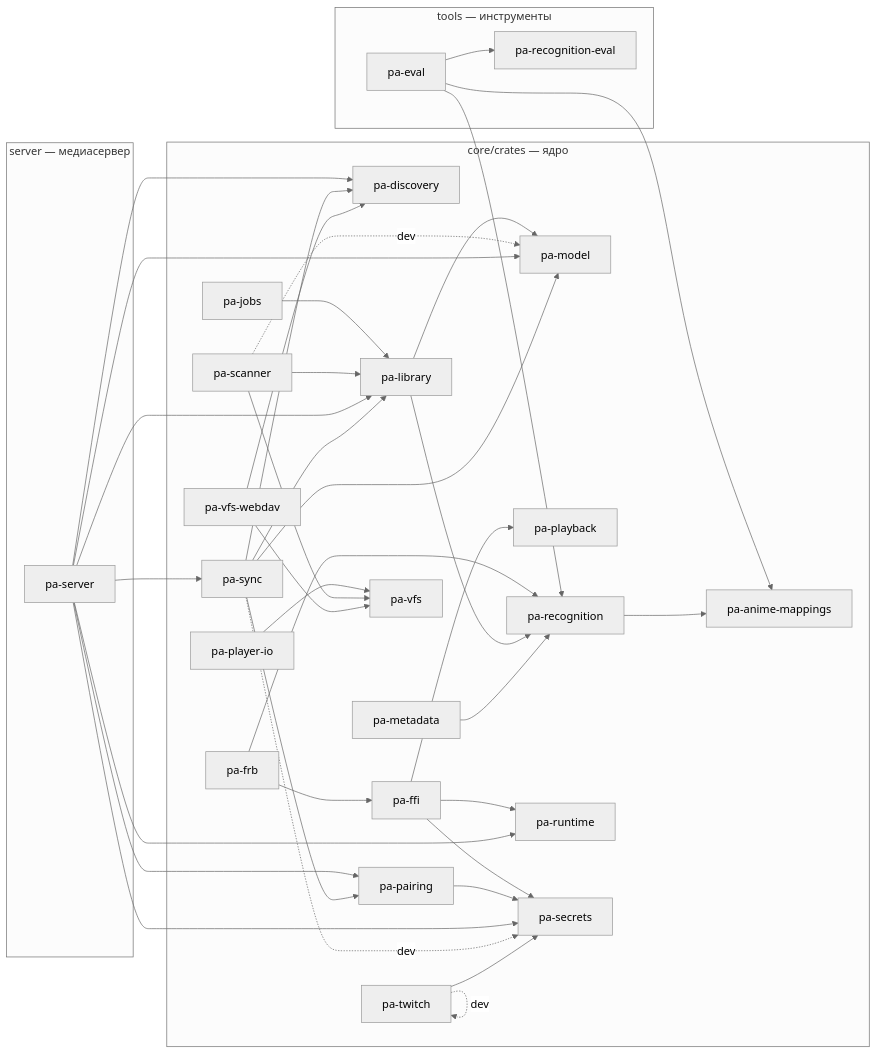
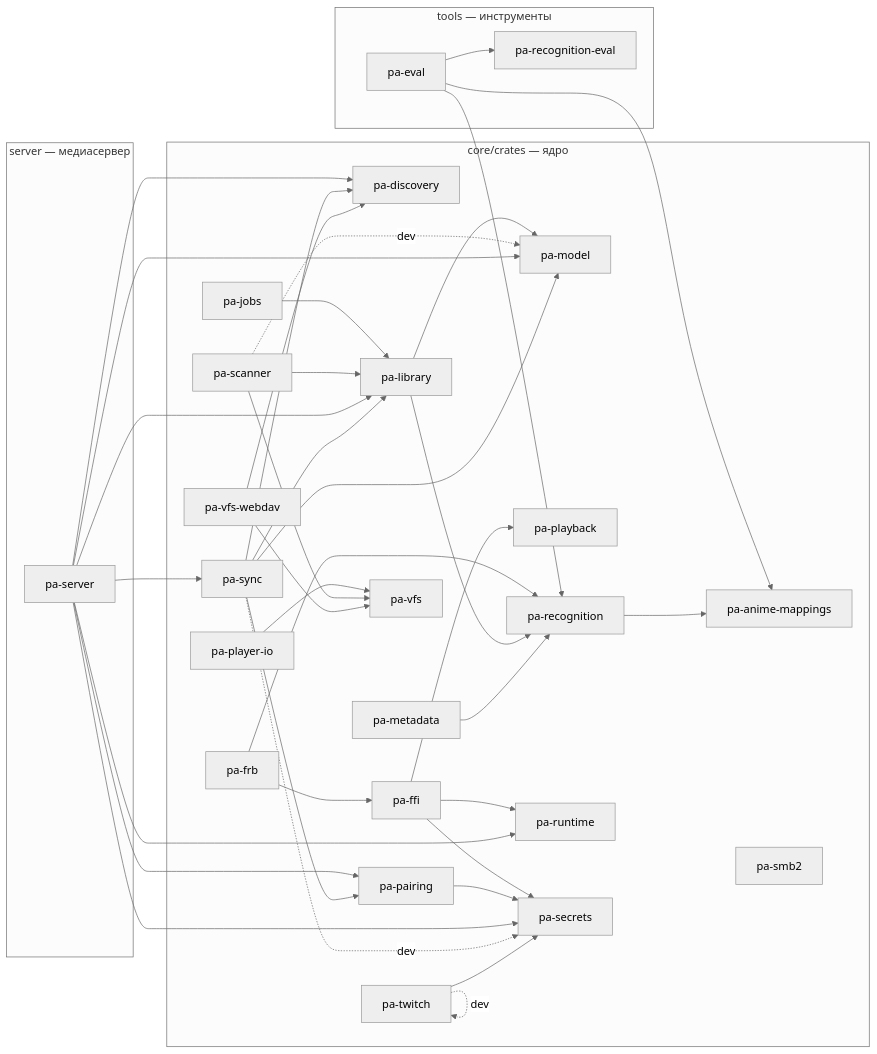
One commit to DenisHumen/project_alpha changed the diagram in docs/dev/crate-graph.md. Above: the diagram before and after it, drawn with Mermaid (neutral theme). The commit also changed other lines of this file, not shown here.

Commit message:
docs(dev): crate graph with pa-smb2 [NET-002]

````diff
--- a/docs/dev/crate-graph.md
+++ b/docs/dev/crate-graph.md
@@ -12,65 +12,66 @@
 ```mermaid
 flowchart LR
   subgraph g0["core/crates — ядро"]
     pa_anime_mappings["pa-anime-mappings"]
     pa_discovery["pa-discovery"]
     pa_ffi["pa-ffi"]
     pa_frb["pa-frb"]
     pa_jobs["pa-jobs"]
     pa_library["pa-library"]
     pa_metadata["pa-metadata"]
     pa_model["pa-model"]
     pa_pairing["pa-pairing"]
     pa_playback["pa-playback"]
     pa_player_io["pa-player-io"]
     pa_recognition["pa-recognition"]
     pa_runtime["pa-runtime"]
     pa_scanner["pa-scanner"]
     pa_secrets["pa-secrets"]
+    pa_smb2["pa-smb2"]
     pa_sync["pa-sync"]
     pa_twitch["pa-twitch"]
     pa_vfs["pa-vfs"]
     pa_vfs_webdav["pa-vfs-webdav"]
   end
   subgraph g1["server — медиасервер"]
     pa_server["pa-server"]
   end
   subgraph g2["tools — инструменты"]
     pa_eval["pa-eval"]
     pa_recognition_eval["pa-recognition-eval"]
   end
   pa_eval --> pa_anime_mappings
   pa_eval --> pa_recognition
   pa_eval --> pa_recognition_eval
   pa_ffi --> pa_playback
   pa_ffi --> pa_runtime
   pa_ffi --> pa_secrets
   pa_frb --> pa_ffi
   pa_frb --> pa_recognition
   pa_jobs --> pa_library
   pa_library --> pa_model
   pa_library --> pa_recognition
   pa_metadata --> pa_recognition
   pa_pairing --> pa_secrets
   pa_player_io --> pa_vfs
   pa_recognition --> pa_anime_mappings
   pa_scanner --> pa_library
   pa_scanner -. dev .-> pa_model
   pa_scanner --> pa_vfs
   pa_server --> pa_discovery
   pa_server --> pa_library
   pa_server --> pa_model
   pa_server --> pa_pairing
   pa_server --> pa_runtime
   pa_server --> pa_secrets
   pa_server --> pa_sync
   pa_sync --> pa_discovery
   pa_sync --> pa_library
   pa_sync --> pa_model
   pa_sync --> pa_pairing
   pa_sync -. dev .-> pa_secrets
   pa_twitch --> pa_secrets
   pa_twitch -. dev .-> pa_twitch
   pa_vfs_webdav --> pa_discovery
   pa_vfs_webdav --> pa_vfs
 ```
````
